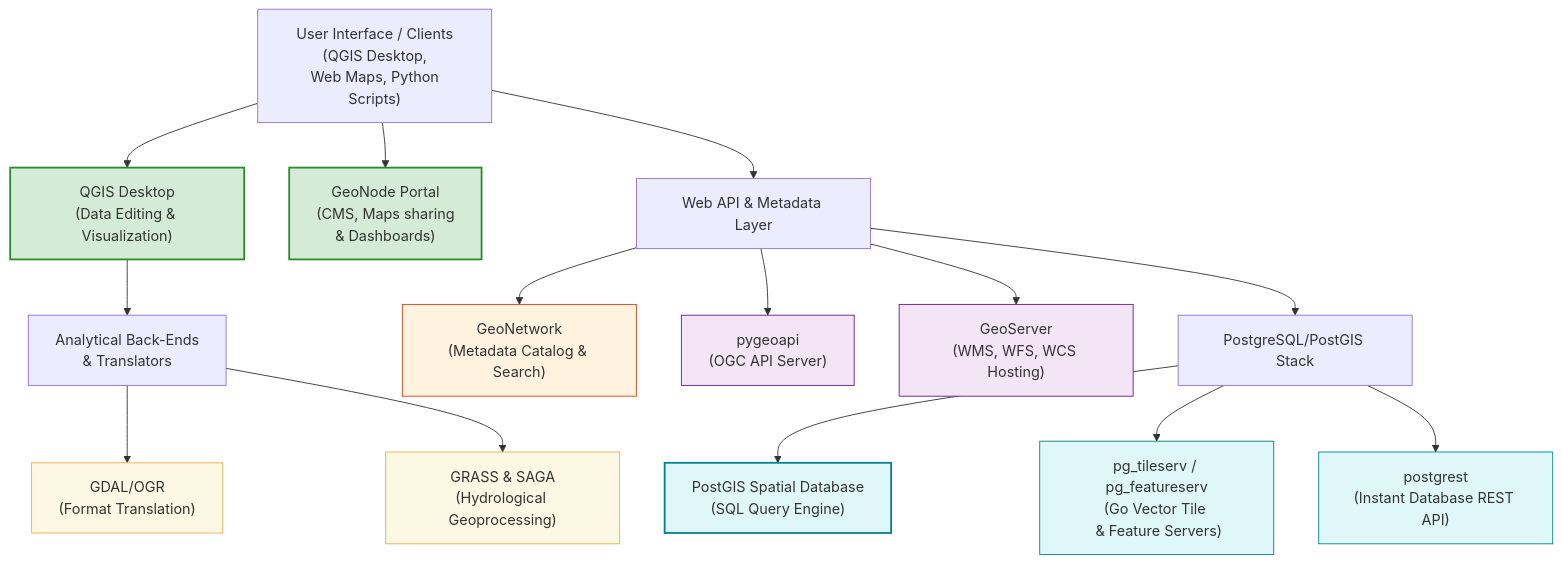
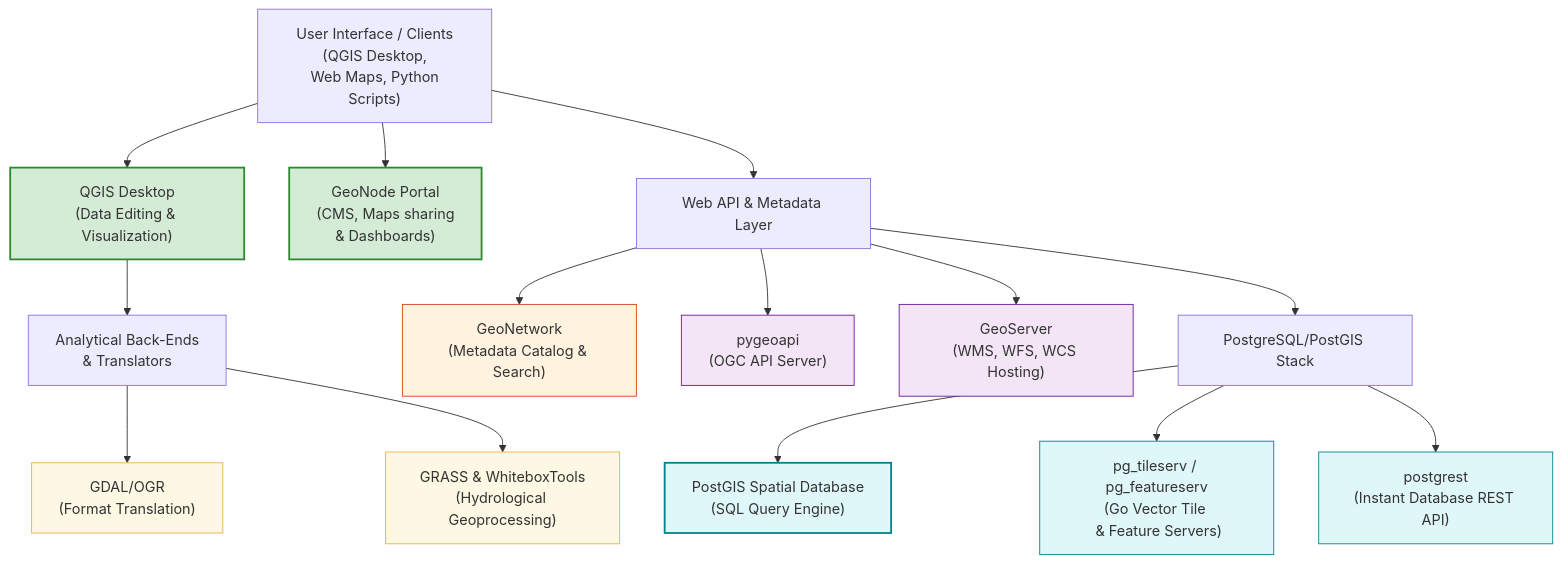
Before and after one commit to Rotten-Grapes-Pvt-Ltd/QGIS-WECS: the first of 2 diagrams in docs/day1/06_open_geospatial.md, drawn with Mermaid. The commit also changed other lines of this file and 12 other files, not shown here.

Commit message:
docs: replace SAGA GIS references with GRASS, WhiteboxTools, and QGIS Native/GDAL equivalents

````diff
--- a/docs/day1/06_open_geospatial.md
+++ b/docs/day1/06_open_geospatial.md
@@ -18,30 +18,30 @@
 ```mermaid
 graph TD
     User["User Interface / Clients<br/>(QGIS Desktop,<br/> Web Maps, Python Scripts)"] --> QGIS["QGIS Desktop<br/>(Data Editing & Visualization)"]
     User --> WebPortal["GeoNode Portal<br/>(CMS, Maps sharing<br/> & Dashboards)"]
     
     QGIS --> BackEnd["Analytical Back-Ends<br/> & Translators"]
     BackEnd --> GDAL["GDAL/OGR <br/> (Format Translation)"]
-    BackEnd --> GRASS["GRASS & SAGA<br/>(Hydrological Geoprocessing)"]
+    BackEnd --> GRASS["GRASS & WhiteboxTools<br/>(Hydrological Geoprocessing)"]
     
     User --> APIs["Web API & Metadata Layer"]
     APIs --> GeoNetwork["GeoNetwork<br/>(Metadata Catalog & Search)"]
     APIs --> pygeoapi["pygeoapi<br/>(OGC API Server)"]
     APIs --> GeoServer["GeoServer<br/>(WMS, WFS, WCS Hosting)"]
     
     APIs --> DBStack["PostgreSQL/PostGIS Stack"]
     DBStack --> PostGIS["PostGIS Spatial Database<br/>(SQL Query Engine)"]
     DBStack --> pgServ["pg_tileserv / pg_featureserv<br/>(Go Vector Tile <br/> & Feature Servers)"]
     DBStack --> PostgREST["postgrest<br/>(Instant Database REST API)"]
 
     style QGIS fill:#d4ecd5,stroke:#2b8a2b,stroke-width:2px
     style WebPortal fill:#d4ecd5,stroke:#2b8a2b,stroke-width:2px
     style GDAL fill:#fcf8e3,stroke:#f0ad4e,stroke-width:1px
     style GRASS fill:#fcf8e3,stroke:#f0ad4e,stroke-width:1px
     style PostGIS fill:#e0f7fa,stroke:#00838f,stroke-width:2px
     style pgServ fill:#e0f7fa,stroke:#00838f,stroke-width:1px
     style PostgREST fill:#e0f7fa,stroke:#00838f,stroke-width:1px
     style GeoServer fill:#f3e5f5,stroke:#6a1b9a,stroke-width:1px
     style pygeoapi fill:#f3e5f5,stroke:#6a1b9a,stroke-width:1px
     style GeoNetwork fill:#fff3e0,stroke:#d84315,stroke-width:1px
 ```
````
